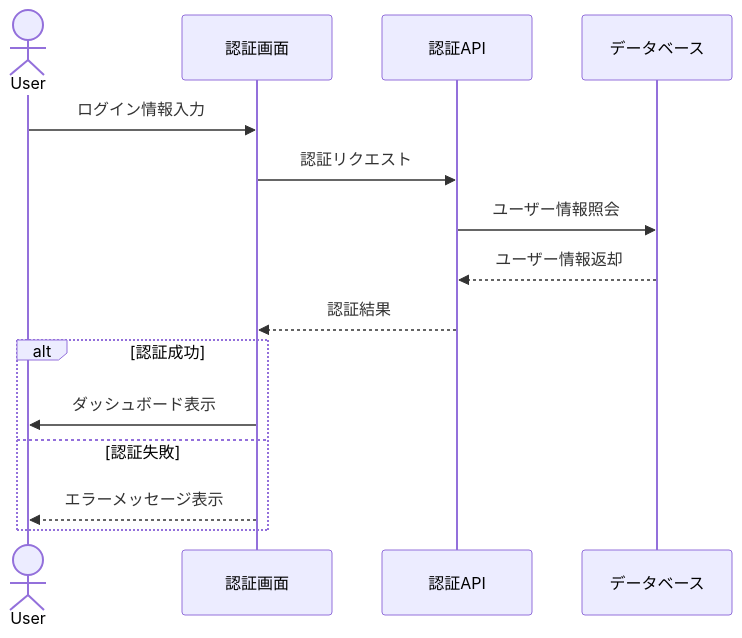
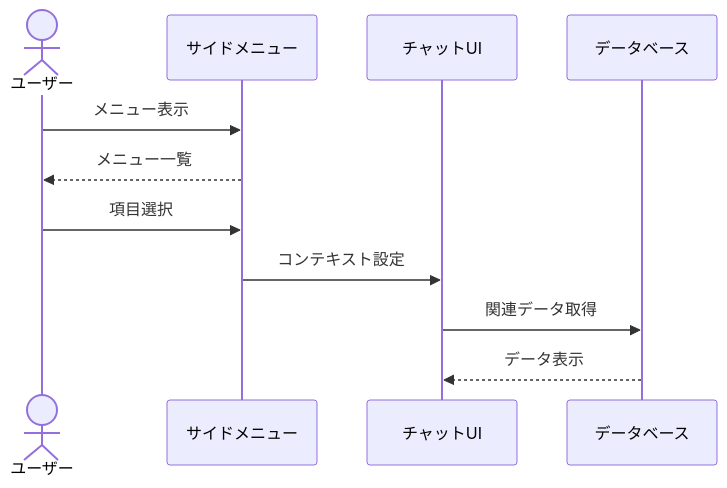
One commit to yu-Yoshiaki/coo-maeda changed the second of 7 diagrams in docs/OPERATION_FLOW.md. Above: the diagram before and after it, drawn with Mermaid. The commit also changed other lines of this file and 34 other files, not shown here.

````diff
--- a/docs/OPERATION_FLOW.md
+++ b/docs/OPERATION_FLOW.md
@@ -36,19 +28,14 @@
 ```mermaid
 sequenceDiagram
-    actor User
-    participant Auth as 認証画面
-    participant API as 認証API
+    actor User as ユーザー
+    participant Menu as サイドメニュー
+    participant Chat as チャットUI
     participant DB as データベース
 
-    User->>Auth: ログイン情報入力
-    Auth->>API: 認証リクエスト
-    API->>DB: ユーザー情報照会
-    DB-->>API: ユーザー情報返却
-    API-->>Auth: 認証結果
-
-    alt 認証成功
-        Auth->>User: ダッシュボード表示
-    else 認証失敗
-        Auth-->>User: エラーメッセージ表示
-    end
+    User->>Menu: メニュー表示
+    Menu-->>User: メニュー一覧
+    User->>Menu: 項目選択
+    Menu->>Chat: コンテキスト設定
+    Chat->>DB: 関連データ取得
+    DB-->>Chat: データ表示
 ```
````
